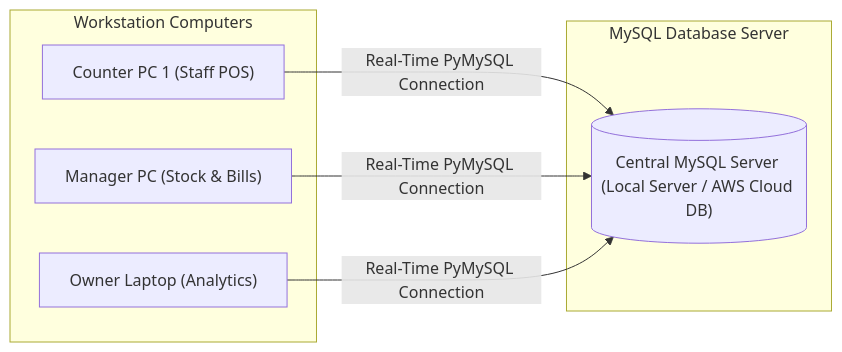
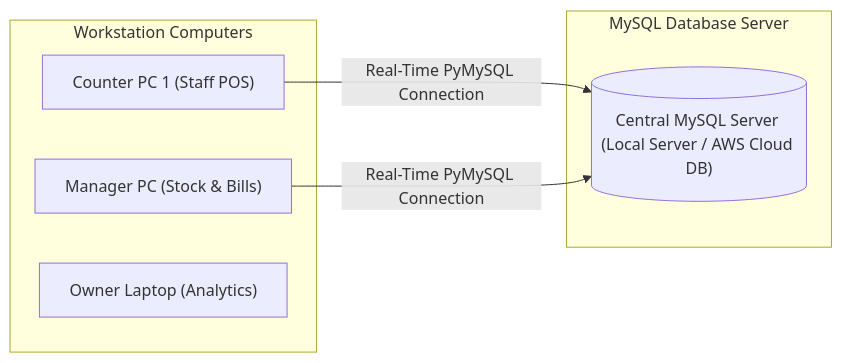
The second of 3 diagrams in Client_Installation_Guide.md (angel7544/TSL-LedgerPro), drawn with Mermaid before and after one commit. The commit also changed other lines of this file and 18 other files, not shown here.

Commit message:
feat: implement FIFO stock management system with database schema, query support, and valuation UI

````diff
--- a/Client_Installation_Guide.md
+++ b/Client_Installation_Guide.md
@@ -27,16 +27,15 @@
 ```mermaid
 graph LR
     subgraph Office Network ["Workstation Computers"]
         PC1["Counter PC 1 (Staff POS)"]
         PC2["Manager PC (Stock & Bills)"]
         PC3["Owner Laptop (Analytics)"]
     end
 
     subgraph Central DB ["MySQL Database Server"]
         MySQL_DB[("Central MySQL Server (Local Server / AWS Cloud DB)")]
     end
 
     PC1 -->|"Real-Time PyMySQL Connection"| MySQL_DB
     PC2 -->|"Real-Time PyMySQL Connection"| MySQL_DB
-    PC3 -->|"Real-Time PyMySQL Connection"| MySQL_DB
 ```
````
